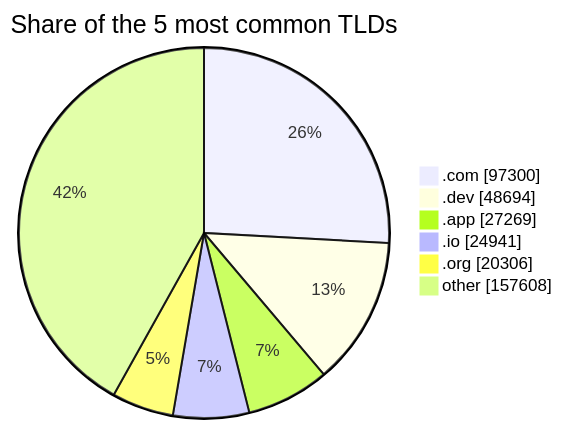
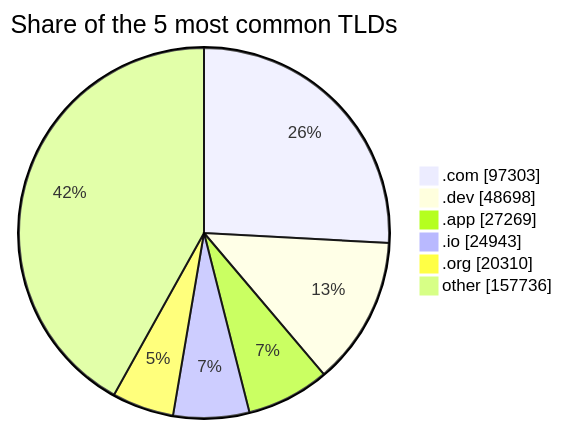
Before and after one commit to DNSBunker/CTI: the third of 3 diagrams in README.md, drawn with Mermaid. The commit also changed other lines of this file and 3 other files, not shown here.

````diff
--- a/README.md
+++ b/README.md
@@ -81,9 +81,9 @@
 ```mermaid
 pie showData title Share of the 5 most common TLDs
-    ".com" : 97300
-    ".dev" : 48694
+    ".com" : 97303
+    ".dev" : 48698
     ".app" : 27269
-    ".io" : 24941
-    ".org" : 20306
-    "other" : 157608
+    ".io" : 24943
+    ".org" : 20310
+    "other" : 157736
 ```
````
